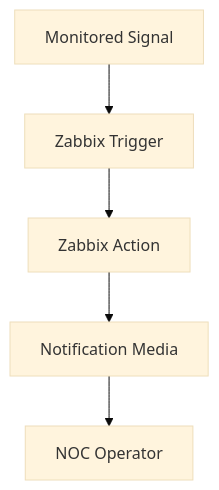
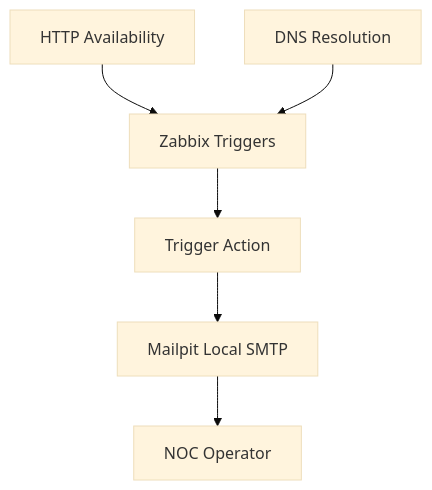
Before and after one commit to itamarsb/zabbix-linux-network-server-monitoring-lab: the diagram in labs/06-alert-delivery-notifications/README.md, drawn with Mermaid (base theme). The commit also changed other lines of this file, not shown here.

````diff
--- a/labs/06-alert-delivery-notifications/README.md
+++ b/labs/06-alert-delivery-notifications/README.md
@@ -59,13 +58,15 @@
 ```mermaid
 flowchart TD
-    Signal["Monitored Signal"]
-    Trigger["Zabbix Trigger"]
-    Action["Zabbix Action"]
-    Media["Notification Media"]
+    HTTP["HTTP Availability"]
+    DNS["DNS Resolution"]
+    Trigger["Zabbix Triggers"]
+    Action["Trigger Action"]
+    Media["Mailpit Local SMTP"]
     Operator["NOC Operator"]
 
-    Signal --> Trigger
+    HTTP --> Trigger
+    DNS --> Trigger
     Trigger --> Action
     Action --> Media
     Media --> Operator
 ```
````
